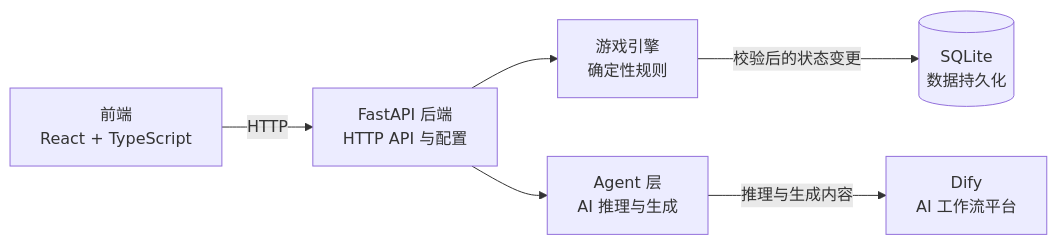
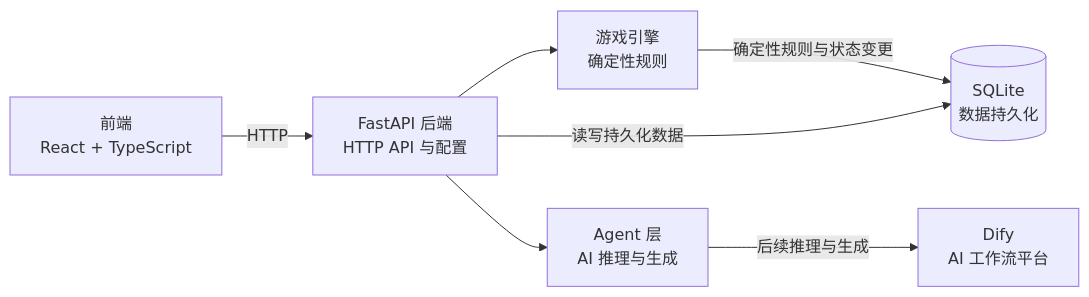
Before and after one commit to leerenxunlll/ollama-project: the diagram in dify-project/docs/architecture.md, drawn with Mermaid. The commit also changed other lines of this file and 25 other files, not shown here.

````diff
--- a/dify-project/docs/architecture.md
+++ b/dify-project/docs/architecture.md
@@ -5,15 +5,16 @@
 ```mermaid
 flowchart LR
     Frontend[前端<br/>React + TypeScript]
     Backend[FastAPI 后端<br/>HTTP API 与配置]
     Engine[游戏引擎<br/>确定性规则]
     Agents[Agent 层<br/>AI 推理与生成]
     Dify[Dify<br/>AI 工作流平台]
     Database[(SQLite<br/>数据持久化)]
 
     Frontend -->|HTTP| Backend
     Backend --> Engine
     Backend --> Agents
-    Engine -->|校验后的状态变更| Database
-    Agents -->|推理与生成内容| Dify
+    Engine -->|确定性规则与状态变更| Database
+    Backend -->|读写持久化数据| Database
+    Agents -->|后续推理与生成| Dify
 ```
````
